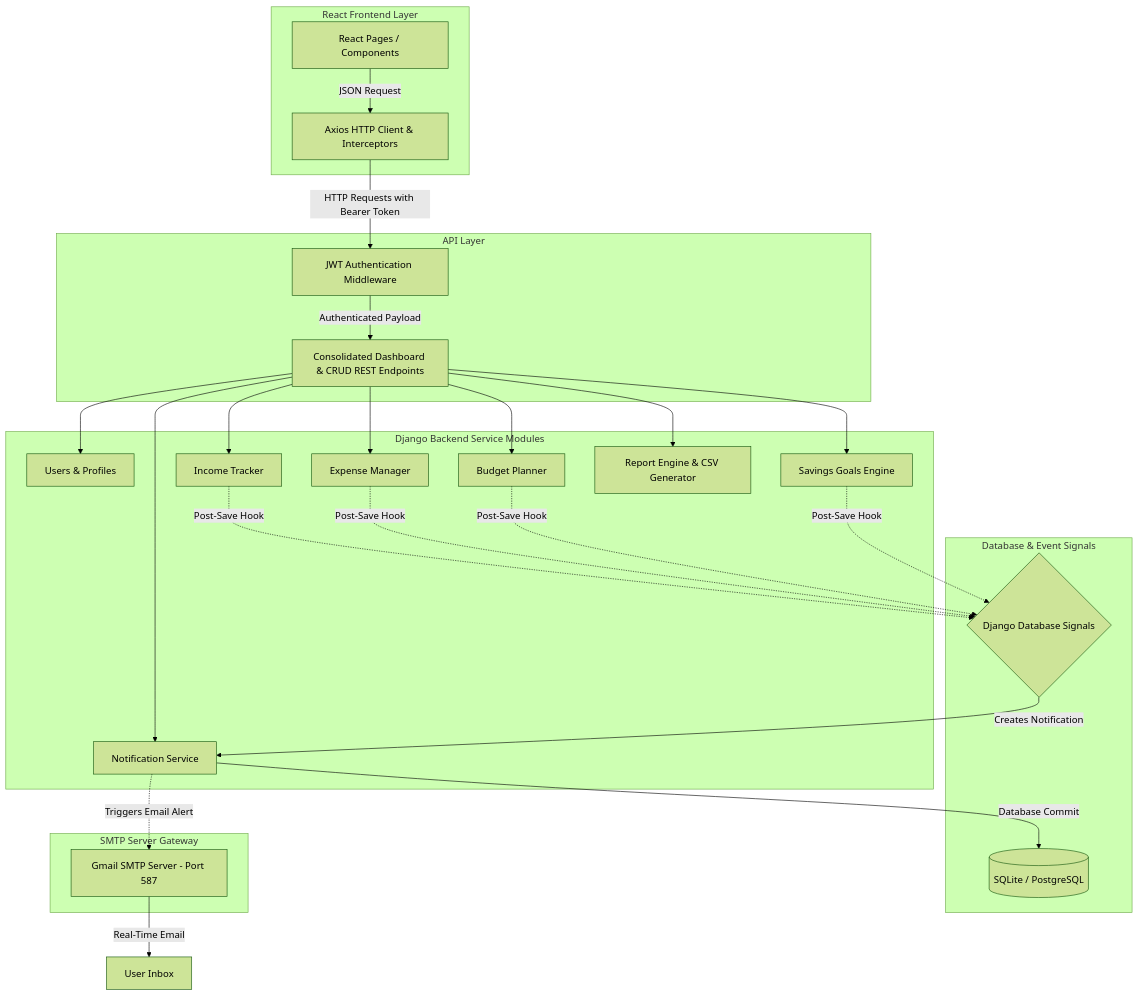
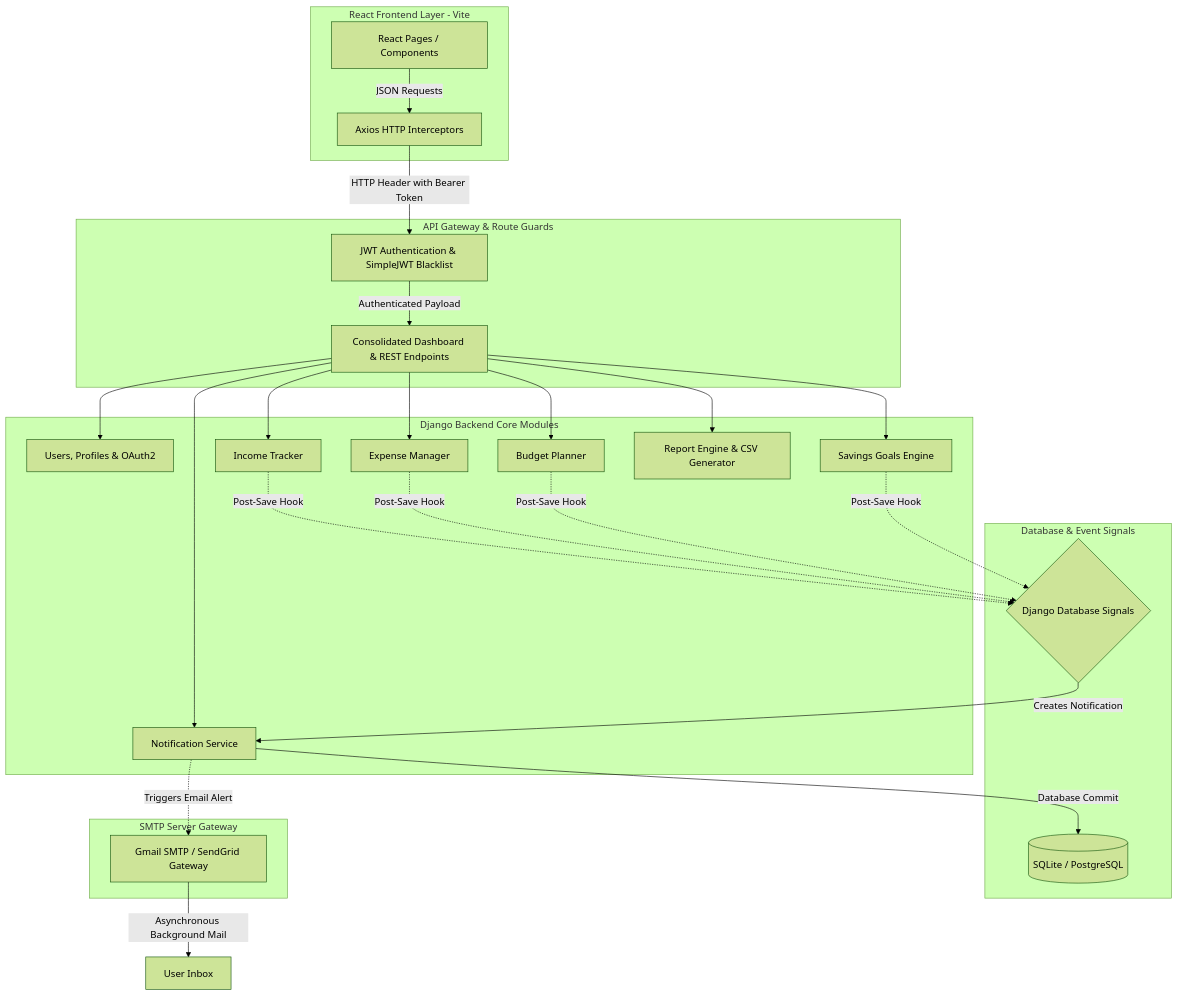
The diagram in README.md (Amar1604/BudgetBuddy), drawn with Mermaid (forest theme) before and after one commit. The commit also changed other lines of this file and 76 other files, not shown here.

````diff
--- a/README.md
+++ b/README.md
@@ -18,59 +20,59 @@
 ```mermaid
 graph TD
     %% Frontend Layer
-    subgraph Client [React Frontend Layer]
+    subgraph Client [React Frontend Layer - Vite]
         UI[React Pages / Components]
-        Interceptors[Axios HTTP Client & Interceptors]
+        Interceptors[Axios HTTP Interceptors]
     end
 
     %% API / Gateway Layer
-    subgraph API [API Layer]
-        JWT[JWT Authentication Middleware]
-        Endpoints[Consolidated Dashboard & CRUD REST Endpoints]
+    subgraph API [API Gateway & Route Guards]
+        JWT[JWT Authentication & SimpleJWT Blacklist]
+        Endpoints[Consolidated Dashboard & REST Endpoints]
     end
 
     %% Django Backend App Layer
-    subgraph Services [Django Backend Service Modules]
-        AuthS[Users & Profiles]
+    subgraph Services [Django Backend Core Modules]
+        AuthS[Users, Profiles & OAuth2]
         IncomeS[Income Tracker]
         ExpenseS[Expense Manager]
         BudgetS[Budget Planner]
         SavingsS[Savings Goals Engine]
         ReportS[Report Engine & CSV Generator]
         NotifS[Notification Service]
     end
 
     %% Database & Messaging Layer
     subgraph Storage [Database & Event Signals]
         DB[(SQLite / PostgreSQL)]
         Signals{Django Database Signals}
     end
 
     %% Third Party Services
     subgraph EmailService [SMTP Server Gateway]
-        SMTP[Gmail SMTP Server - Port 587]
+        SMTP[Gmail SMTP / SendGrid Gateway]
     end
 
     %% Flow Connections
-    UI -->|JSON Request| Interceptors
-    Interceptors -->|HTTP Requests with Bearer Token| JWT
+    UI -->|JSON Requests| Interceptors
+    Interceptors -->|HTTP Header with Bearer Token| JWT
     JWT -->|Authenticated Payload| Endpoints
     Endpoints --> AuthS
     Endpoints --> IncomeS
     Endpoints --> ExpenseS
     Endpoints --> BudgetS
     Endpoints --> SavingsS
     Endpoints --> ReportS
     Endpoints --> NotifS
 
     %% Signals and Database Hookups
     IncomeS -.->|Post-Save Hook| Signals
     ExpenseS -.->|Post-Save Hook| Signals
     BudgetS -.->|Post-Save Hook| Signals
     SavingsS -.->|Post-Save Hook| Signals
 
     Signals -->|Creates Notification| NotifS
     NotifS -->|Database Commit| DB
     NotifS -.->|Triggers Email Alert| SMTP
-    SMTP -->|Real-Time Email| UserEmail[User Inbox]
+    SMTP -->|Asynchronous Background Mail| UserEmail[User Inbox]
 ```
````
